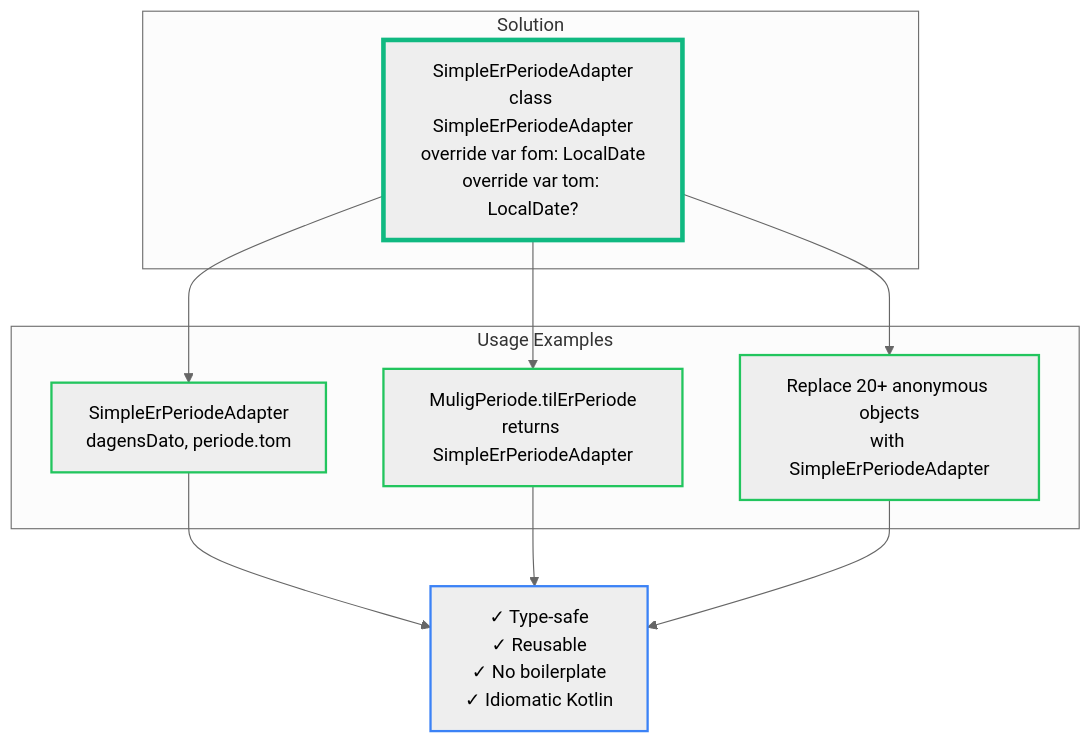
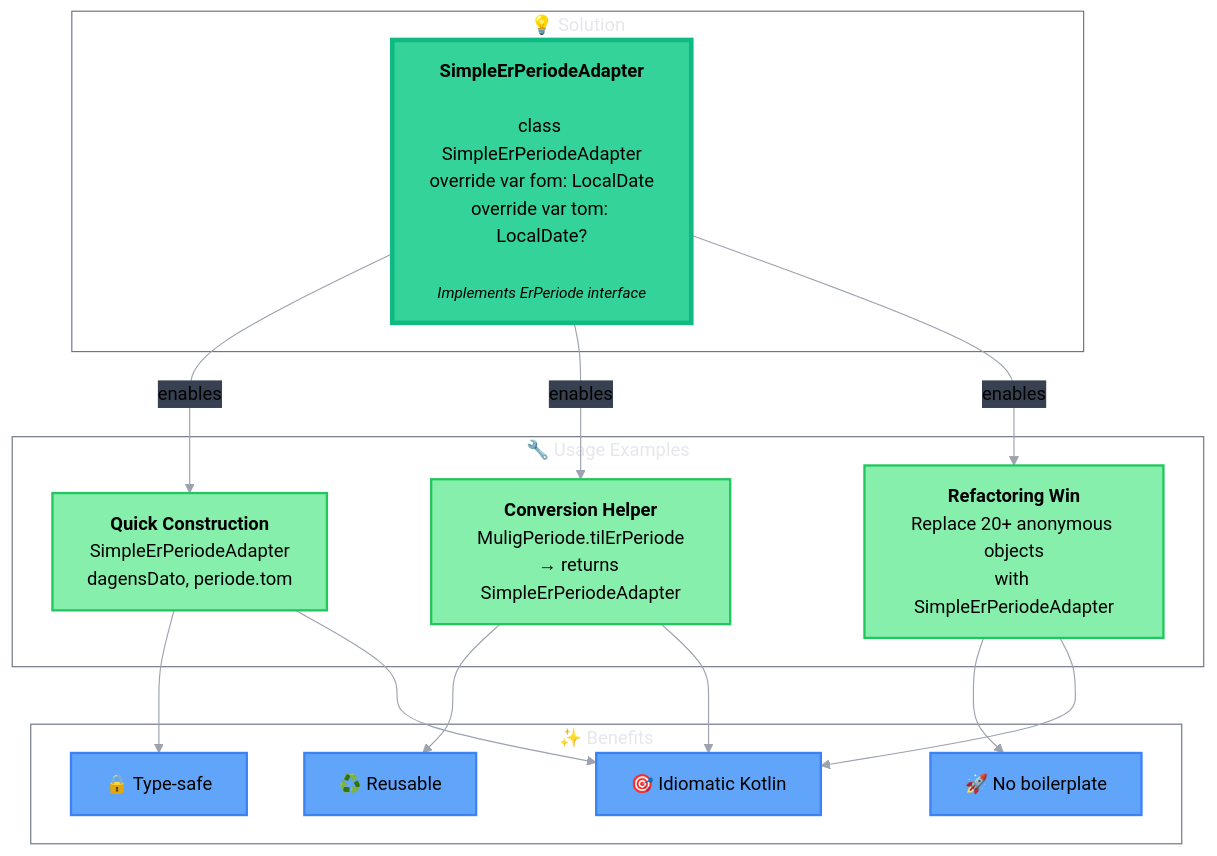
One commit to navikt/melosys-api changed the second of 4 diagrams in ErPeriode-Solution.md. Above: the diagram before and after it, drawn with Mermaid. The commit also changed other lines of this file, not shown here.

Commit message:
Oppdater diagram

````diff
--- a/ErPeriode-Solution.md
+++ b/ErPeriode-Solution.md
@@ -132,31 +124,56 @@
 ```mermaid
-%%{init: {'theme':'neutral'}}%%
+%%{init: {'theme':'base', 'themeVariables': {
+  'primaryColor':'#34d399',
+  'primaryTextColor':'#000000',
+  'primaryBorderColor':'#10b981',
+  'lineColor':'#9ca3af',
+  'secondaryColor':'#86efac',
+  'tertiaryColor':'#60a5fa',
+  'fontSize':'16px',
+  'fontFamily':'system-ui',
+  'clusterBkg':'transparent',
+  'clusterBorder':'#6b7280',
+  'edgeLabelBackground':'#374151',
+  'mainBkg':'transparent',
+  'nodeBorder':'#374151',
+  'titleColor':'#e5e7eb',
+  'textColor':'#e5e7eb'
+}}}%%
+
 graph TB
-    subgraph "Solution"
-        SEA[SimpleErPeriodeAdapter<br/>class SimpleErPeriodeAdapter<br/>override var fom: LocalDate<br/>override var tom: LocalDate?]
+    subgraph Solution["💡 Solution"]
+        SEA["<b>SimpleErPeriodeAdapter</b><br/><br/>class SimpleErPeriodeAdapter<br/>override var fom: LocalDate<br/>override var tom: LocalDate?<br/><br/><small><i>Implements ErPeriode interface</i></small>"]
     end
 
-    subgraph "Usage Examples"
-        U1[SimpleErPeriodeAdapter<br/>dagensDato, periode.tom]
-        U2[MuligPeriode.tilErPeriode<br/>returns SimpleErPeriodeAdapter]
-        U3[Replace 20+ anonymous objects<br/>with SimpleErPeriodeAdapter]
+    subgraph Usage["🔧 Usage Examples"]
+        U1["<b>Quick Construction</b><br/>SimpleErPeriodeAdapter<br/>dagensDato, periode.tom"]
+        U2["<b>Conversion Helper</b><br/>MuligPeriode.tilErPeriode<br/>→ returns SimpleErPeriodeAdapter"]
+        U3["<b>Refactoring Win</b><br/>Replace 20+ anonymous objects<br/>with SimpleErPeriodeAdapter"]
     end
 
-    SEA --> U1
-    SEA --> U2
-    SEA --> U3
+    subgraph Benefits["✨ Benefits"]
+        B1["🔒 Type-safe"]
+        B2["♻️ Reusable"]
+        B3["🚀 No boilerplate"]
+        B4["🎯 Idiomatic Kotlin"]
+    end
 
-    Benefits[✓ Type-safe<br/>✓ Reusable<br/>✓ No boilerplate<br/>✓ Idiomatic Kotlin]
+    SEA -->|"enables"| U1
+    SEA -->|"enables"| U2
+    SEA -->|"enables"| U3
 
-    U1 --> Benefits
-    U2 --> Benefits
-    U3 --> Benefits
+    U1 --> B1
+    U2 --> B2
+    U3 --> B3
+    U1 --> B4
+    U2 --> B4
+    U3 --> B4
 
-    classDef solutionClass stroke:#10b981,stroke-width:4px
-    classDef usageClass stroke:#22c55e,stroke-width:2px
-    classDef benefitClass stroke:#3b82f6,stroke-width:2px
+    classDef solutionClass fill:#34d399,stroke:#10b981,stroke-width:4px,color:#000000
+    classDef usageClass fill:#86efac,stroke:#22c55e,stroke-width:2px,color:#000000
+    classDef benefitClass fill:#60a5fa,stroke:#3b82f6,stroke-width:2px,color:#000000
 
     class SEA solutionClass
     class U1,U2,U3 usageClass
-    class Benefits benefitClass
+    class B1,B2,B3,B4 benefitClass
 ```
````
